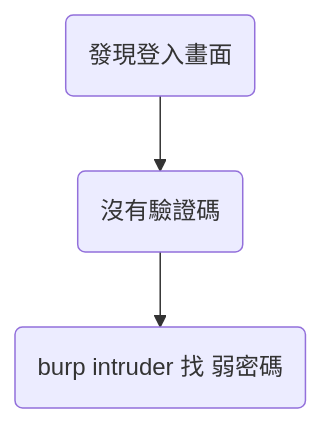
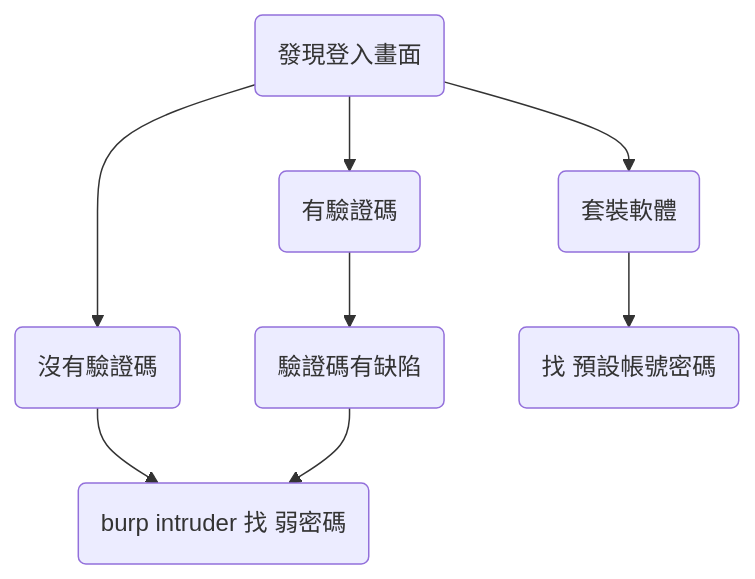
The third of 3 diagrams in 流程圖/白帽流程圖.md (awchjimmy/linux-journey), drawn with Mermaid before and after one commit.

````diff
--- a/流程圖/白帽流程圖.md
+++ b/流程圖/白帽流程圖.md
@@ -29,5 +29,11 @@
 ```mermaid
 flowchart TD
     id1(發現登入畫面) --> id101(沒有驗證碼)
+    id1 --> id102(有驗證碼)
+    id1 --> id103(套裝軟體)
+    
     id101 --> id10101(burp intruder 找 弱密碼)
+    id102 --> id10201(驗證碼有缺陷)
+    id10201 --> id10101
+    id103 --> id10301(找 預設帳號密碼)
 ```
````
